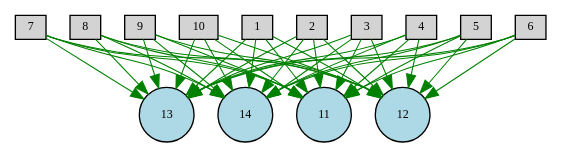
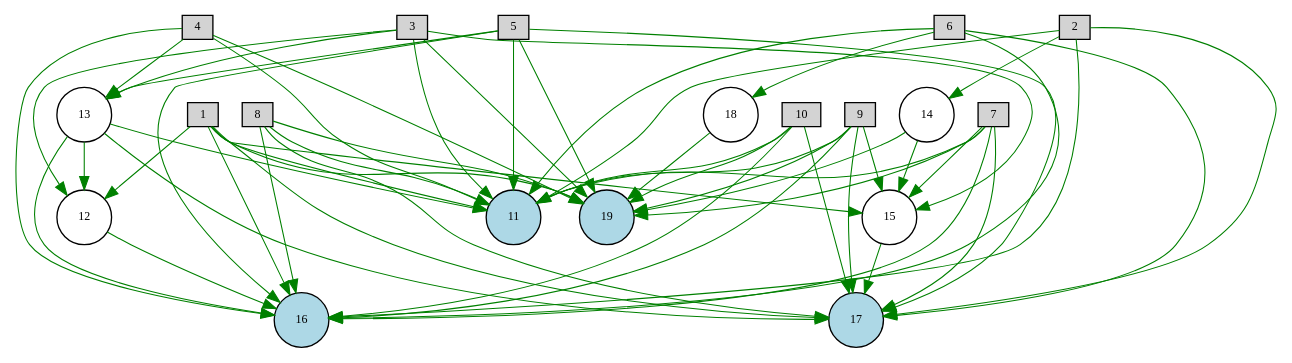
Before and after one commit to lodderwin/SNN_thesis: the diagram in NEAT_CMA_SNN_2D_FLIGHT/Digraph.gv, drawn with Graphviz. The commit also changed 46 other files, not shown here.

```diff
--- a/NEAT_CMA_SNN_2D_FLIGHT/Digraph.gv
+++ b/NEAT_CMA_SNN_2D_FLIGHT/Digraph.gv
@@ -1,57 +1,77 @@
 digraph {
 	node [fontsize=9 height=0.2 shape=circle width=0.2]
 	1 [fillcolor=lightgray shape=box style=filled]
 	2 [fillcolor=lightgray shape=box style=filled]
 	3 [fillcolor=lightgray shape=box style=filled]
 	4 [fillcolor=lightgray shape=box style=filled]
 	5 [fillcolor=lightgray shape=box style=filled]
 	6 [fillcolor=lightgray shape=box style=filled]
 	7 [fillcolor=lightgray shape=box style=filled]
 	8 [fillcolor=lightgray shape=box style=filled]
 	9 [fillcolor=lightgray shape=box style=filled]
 	10 [fillcolor=lightgray shape=box style=filled]
 	11 [fillcolor=lightblue style=filled]
-	12 [fillcolor=lightblue style=filled]
-	13 [fillcolor=lightblue style=filled]
-	14 [fillcolor=lightblue style=filled]
+	16 [fillcolor=lightblue style=filled]
+	17 [fillcolor=lightblue style=filled]
+	19 [fillcolor=lightblue style=filled]
+	12 [fillcolor=white style=filled]
+	13 [fillcolor=white style=filled]
+	14 [fillcolor=white style=filled]
+	15 [fillcolor=white style=filled]
+	18 [fillcolor=white style=filled]
 	1 -> 11 [color=green penwidth=0.8 style=solid]
+	1 -> 16 [color=green penwidth=0.8 style=solid]
+	1 -> 17 [color=green penwidth=0.8 style=solid]
+	1 -> 19 [color=green penwidth=0.8 style=solid]
+	2 -> 11 [color=green penwidth=0.8 style=solid]
+	2 -> 16 [color=green penwidth=0.8 style=solid]
+	2 -> 17 [color=green penwidth=0.8 style=solid]
+	3 -> 11 [color=green penwidth=0.8 style=solid]
+	3 -> 19 [color=green penwidth=0.8 style=solid]
+	4 -> 11 [color=green penwidth=0.8 style=solid]
+	4 -> 16 [color=green penwidth=0.8 style=solid]
+	4 -> 19 [color=green penwidth=0.8 style=solid]
+	5 -> 11 [color=green penwidth=0.8 style=solid]
+	5 -> 16 [color=green penwidth=0.8 style=solid]
+	5 -> 17 [color=green penwidth=0.8 style=solid]
+	5 -> 19 [color=green penwidth=0.8 style=solid]
+	6 -> 11 [color=green penwidth=0.8 style=solid]
+	6 -> 16 [color=green penwidth=0.8 style=solid]
+	6 -> 17 [color=green penwidth=0.8 style=solid]
+	7 -> 11 [color=green penwidth=0.8 style=solid]
+	7 -> 16 [color=green penwidth=0.8 style=solid]
+	7 -> 17 [color=green penwidth=0.8 style=solid]
+	7 -> 19 [color=green penwidth=0.8 style=solid]
+	8 -> 11 [color=green penwidth=0.8 style=solid]
+	8 -> 16 [color=green penwidth=0.8 style=solid]
+	8 -> 17 [color=green penwidth=0.8 style=solid]
+	8 -> 19 [color=green penwidth=0.8 style=solid]
+	9 -> 11 [color=green penwidth=0.8 style=solid]
+	9 -> 16 [color=green penwidth=0.8 style=solid]
+	9 -> 17 [color=green penwidth=0.8 style=solid]
+	9 -> 19 [color=green penwidth=0.8 style=solid]
+	10 -> 11 [color=green penwidth=0.8 style=solid]
+	10 -> 16 [color=green penwidth=0.8 style=solid]
+	10 -> 17 [color=green penwidth=0.8 style=solid]
+	10 -> 19 [color=green penwidth=0.8 style=solid]
+	4 -> 13 [color=green penwidth=0.8 style=solid]
+	13 -> 17 [color=green penwidth=0.8 style=solid]
+	5 -> 13 [color=green penwidth=0.8 style=solid]
+	13 -> 11 [color=green penwidth=0.8 style=solid]
+	3 -> 13 [color=green penwidth=0.8 style=solid]
+	3 -> 12 [color=green penwidth=0.8 style=solid]
+	12 -> 16 [color=green penwidth=0.8 style=solid]
 	1 -> 12 [color=green penwidth=0.8 style=solid]
-	1 -> 13 [color=green penwidth=0.8 style=solid]
-	1 -> 14 [color=green penwidth=0.8 style=solid]
-	2 -> 11 [color=green penwidth=0.8 style=solid]
-	2 -> 12 [color=green penwidth=0.8 style=solid]
-	2 -> 13 [color=green penwidth=0.8 style=solid]
+	13 -> 12 [color=green penwidth=0.8 style=solid]
+	13 -> 16 [color=green penwidth=0.8 style=solid]
+	3 -> 15 [color=green penwidth=0.8 style=solid]
+	15 -> 17 [color=green penwidth=0.8 style=solid]
+	1 -> 15 [color=green penwidth=0.8 style=solid]
+	9 -> 15 [color=green penwidth=0.8 style=solid]
 	2 -> 14 [color=green penwidth=0.8 style=solid]
-	3 -> 11 [color=green penwidth=0.8 style=solid]
-	3 -> 12 [color=green penwidth=0.8 style=solid]
-	3 -> 13 [color=green penwidth=0.8 style=solid]
-	3 -> 14 [color=green penwidth=0.8 style=solid]
-	4 -> 11 [color=green penwidth=0.8 style=solid]
-	4 -> 12 [color=green penwidth=0.8 style=solid]
-	4 -> 13 [color=green penwidth=0.8 style=solid]
-	4 -> 14 [color=green penwidth=0.8 style=solid]
-	5 -> 11 [color=green penwidth=0.8 style=solid]
-	5 -> 12 [color=green penwidth=0.8 style=solid]
-	5 -> 13 [color=green penwidth=0.8 style=solid]
-	5 -> 14 [color=green penwidth=0.8 style=solid]
-	6 -> 11 [color=green penwidth=0.8 style=solid]
-	6 -> 12 [color=green penwidth=0.8 style=solid]
-	6 -> 13 [color=green penwidth=0.8 style=solid]
-	6 -> 14 [color=green penwidth=0.8 style=solid]
-	7 -> 11 [color=green penwidth=0.8 style=solid]
-	7 -> 12 [color=green penwidth=0.8 style=solid]
-	7 -> 13 [color=green penwidth=0.8 style=solid]
-	7 -> 14 [color=green penwidth=0.8 style=solid]
-	8 -> 11 [color=green penwidth=0.8 style=solid]
-	8 -> 12 [color=green penwidth=0.8 style=solid]
-	8 -> 13 [color=green penwidth=0.8 style=solid]
-	8 -> 14 [color=green penwidth=0.8 style=solid]
-	9 -> 11 [color=green penwidth=0.8 style=solid]
-	9 -> 12 [color=green penwidth=0.8 style=solid]
-	9 -> 13 [color=green penwidth=0.8 style=solid]
-	9 -> 14 [color=green penwidth=0.8 style=solid]
-	10 -> 11 [color=green penwidth=0.8 style=solid]
-	10 -> 12 [color=green penwidth=0.8 style=solid]
-	10 -> 13 [color=green penwidth=0.8 style=solid]
-	10 -> 14 [color=green penwidth=0.8 style=solid]
+	14 -> 19 [color=green penwidth=0.8 style=solid]
+	14 -> 15 [color=green penwidth=0.8 style=solid]
+	6 -> 18 [color=green penwidth=0.8 style=solid]
+	18 -> 19 [color=green penwidth=0.8 style=solid]
+	7 -> 15 [color=green penwidth=0.8 style=solid]
 }
```
